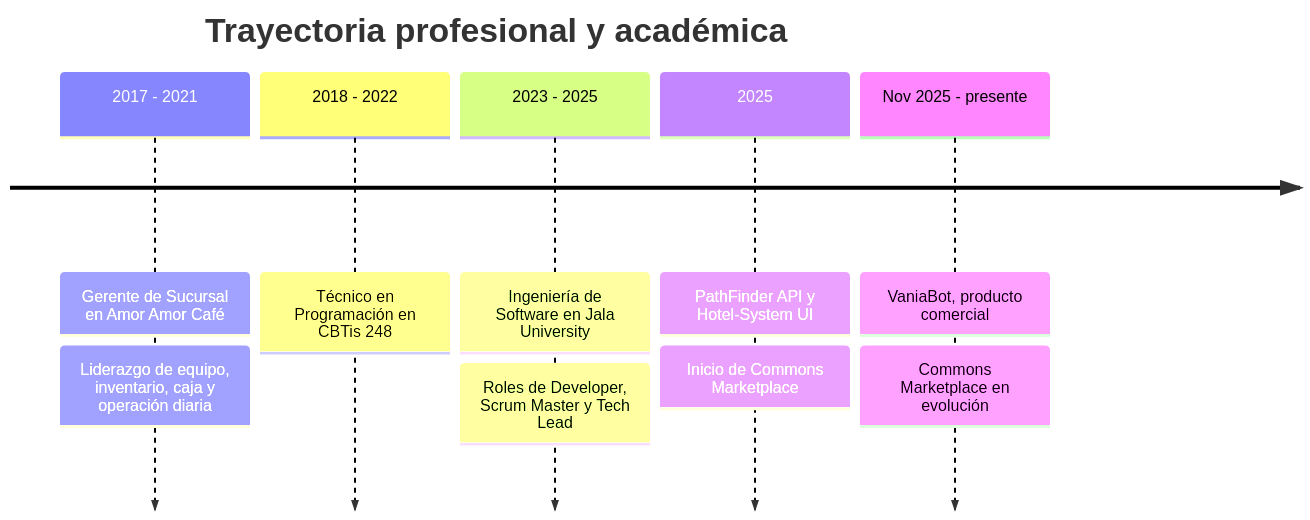
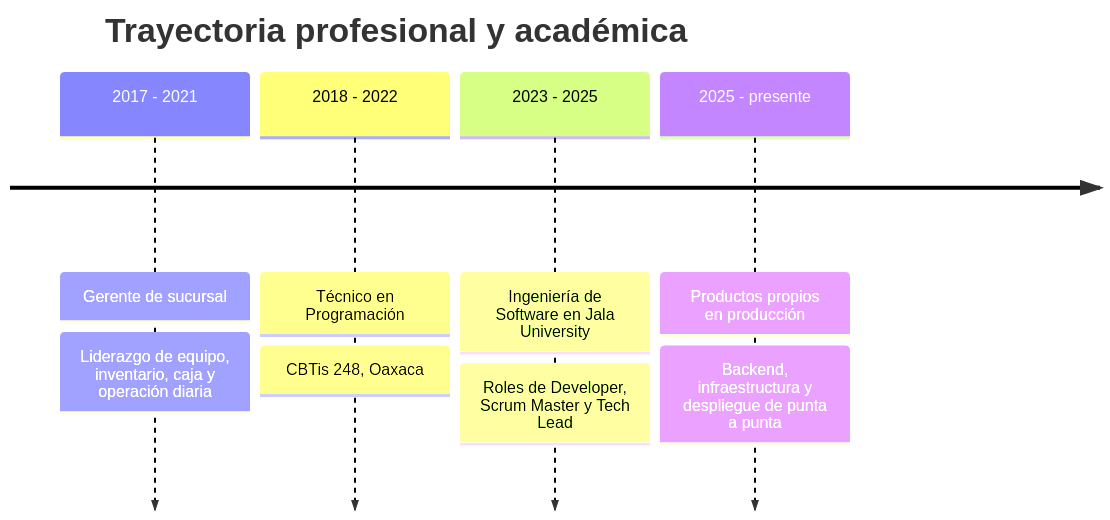
The fourth of 4 diagrams in README.md (carlosgarcia-tech/carlosgarcia-tech), drawn with Mermaid before and after one commit. The commit also changed other lines of this file, not shown here.

````diff
--- a/README.md
+++ b/README.md
@@ -378,9 +345,8 @@
 ```mermaid
 timeline
     title Trayectoria profesional y académica
-    2017 - 2021 : Gerente de Sucursal en Amor Amor Café : Liderazgo de equipo, inventario, caja y operación diaria
-    2018 - 2022 : Técnico en Programación en CBTis 248
+    2017 - 2021 : Gerente de sucursal : Liderazgo de equipo, inventario, caja y operación diaria
+    2018 - 2022 : Técnico en Programación : CBTis 248, Oaxaca
     2023 - 2025 : Ingeniería de Software en Jala University : Roles de Developer, Scrum Master y Tech Lead
-    2025 : PathFinder API y Hotel-System UI : Inicio de Commons Marketplace
-    Nov 2025 - presente : VaniaBot, producto comercial : Commons Marketplace en evolución
+    2025 - presente : Productos propios en producción : Backend, infraestructura y despliegue de punta a punta
 ```
````
